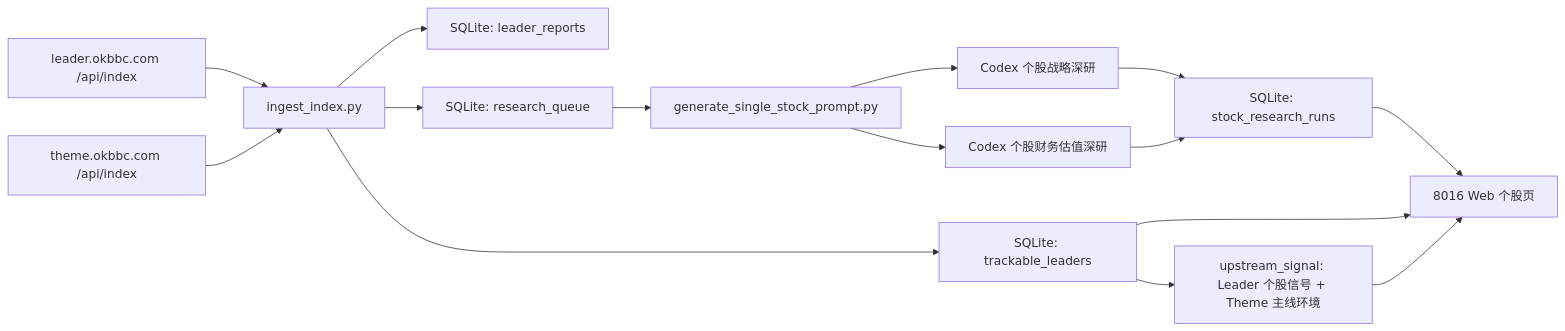
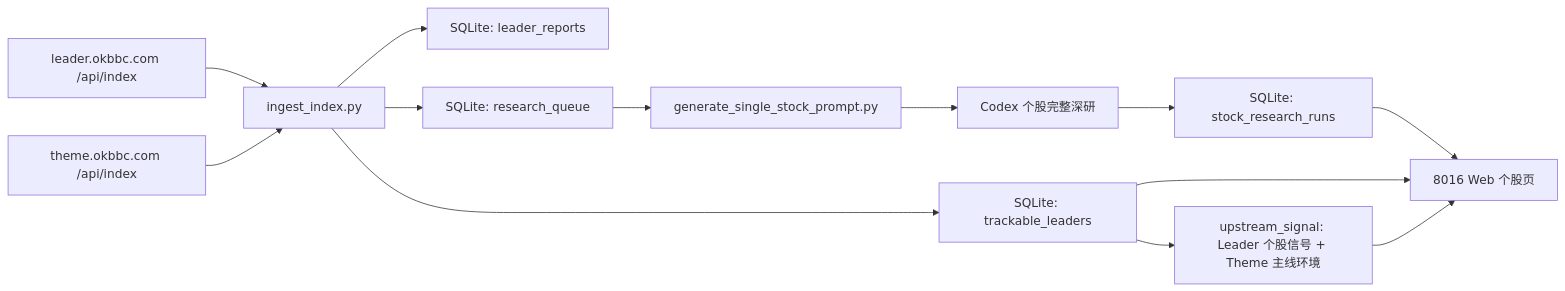
One commit to imherro/MyInvestStock changed the diagram in docs/ARCHITECTURE.md. Above: the diagram before and after it, drawn with Mermaid. The commit also changed other lines of this file and 18 other files, not shown here.

Commit message:
Unify stock research workflow

````diff
--- a/docs/ARCHITECTURE.md
+++ b/docs/ARCHITECTURE.md
@@ -18,17 +18,15 @@
 ```mermaid
 flowchart LR
   A["leader.okbbc.com /api/index"] --> B["ingest_index.py"]
   T["theme.okbbc.com /api/index"] --> B
   B --> C["SQLite: leader_reports"]
   B --> D["SQLite: trackable_leaders"]
   B --> E["SQLite: research_queue"]
   D --> U["upstream_signal: Leader 个股信号 + Theme 主线环境"]
   E --> F["generate_single_stock_prompt.py"]
-  F --> G1["Codex 个股战略深研"]
-  F --> G2["Codex 个股财务估值深研"]
-  G1 --> H["SQLite: stock_research_runs"]
-  G2 --> H
+  F --> G["Codex 个股完整深研"]
+  G --> H["SQLite: stock_research_runs"]
   H --> I["8016 Web 个股页"]
   D --> I
   U --> I
 ```
````
